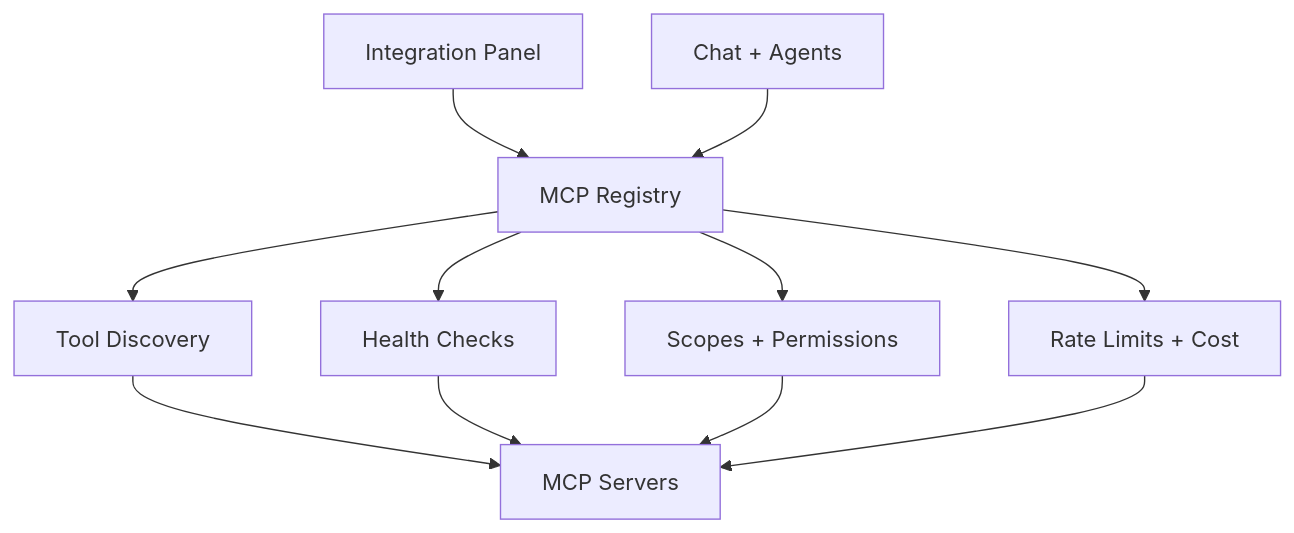
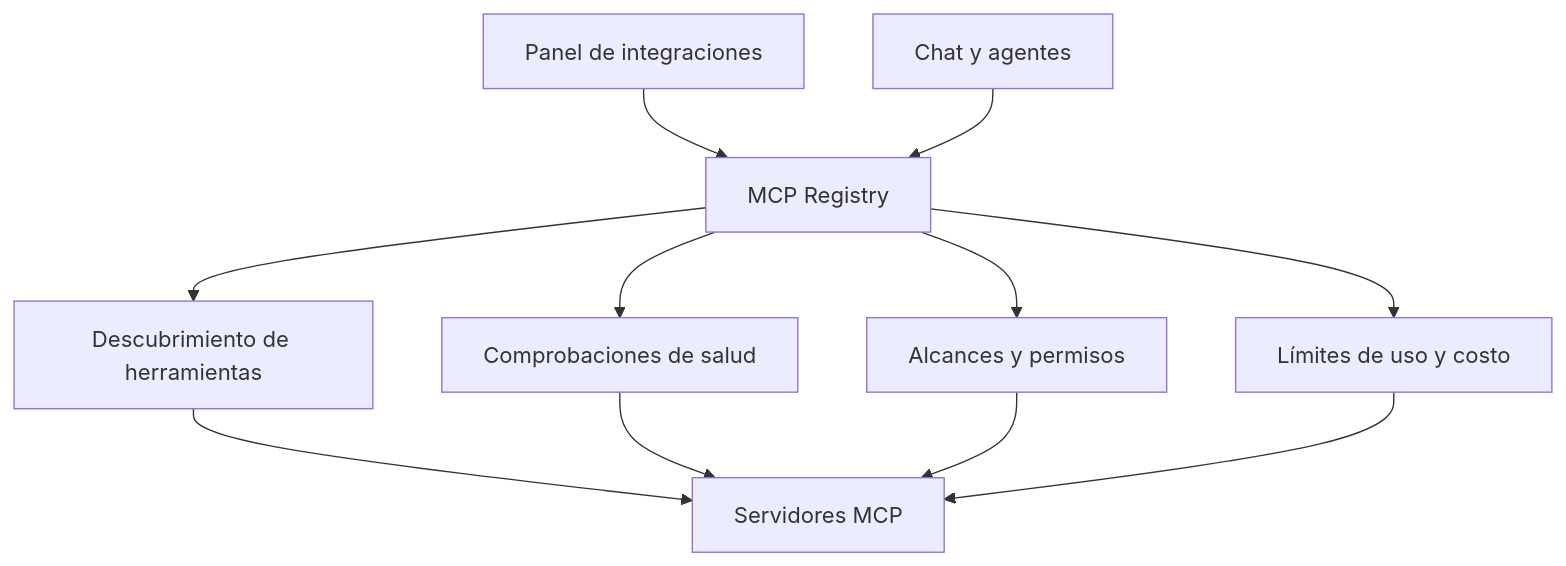
The fifth of 10 diagrams in docs/guia-conceptual-meridian.md (christiandejesus320-droid/Sandbox), drawn with Mermaid before and after one commit. The commit also changed other lines of this file, not shown here.

````diff
--- a/docs/guia-conceptual-meridian.md
+++ b/docs/guia-conceptual-meridian.md
@@ -148,13 +148,13 @@
 ```mermaid
 flowchart TD
-    PANEL["Integration Panel"] --> REG["MCP Registry"]
-    CHAT["Chat + Agents"] --> REG
-    REG --> DISC["Tool Discovery"]
-    REG --> HEALTH["Health Checks"]
-    REG --> PERM["Scopes + Permissions"]
-    REG --> RATE["Rate Limits + Cost"]
-    DISC --> SERVER["MCP Servers"]
+    PANEL["Panel de integraciones"] --> REG["MCP Registry"]
+    CHAT["Chat y agentes"] --> REG
+    REG --> DISC["Descubrimiento de herramientas"]
+    REG --> HEALTH["Comprobaciones de salud"]
+    REG --> PERM["Alcances y permisos"]
+    REG --> RATE["Límites de uso y costo"]
+    DISC --> SERVER["Servidores MCP"]
     HEALTH --> SERVER
     PERM --> SERVER
     RATE --> SERVER
 ```
````
